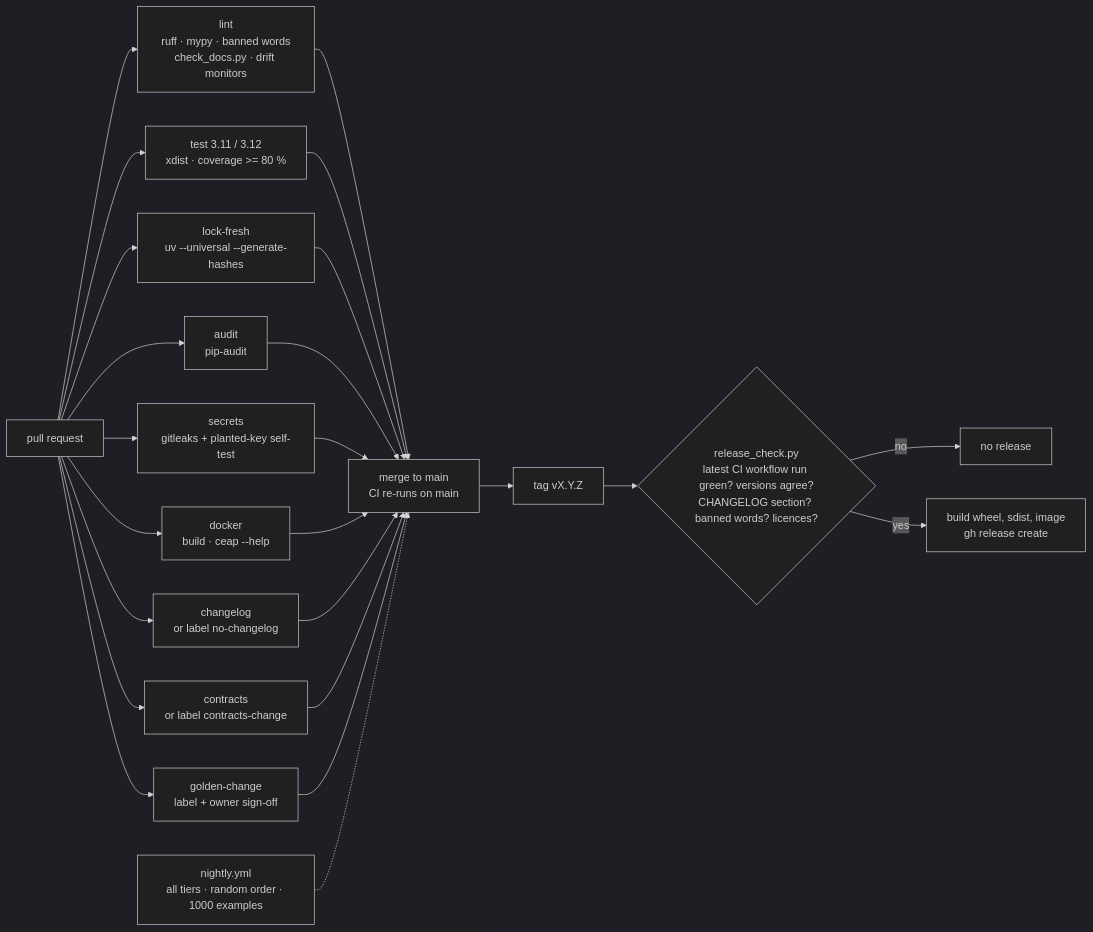
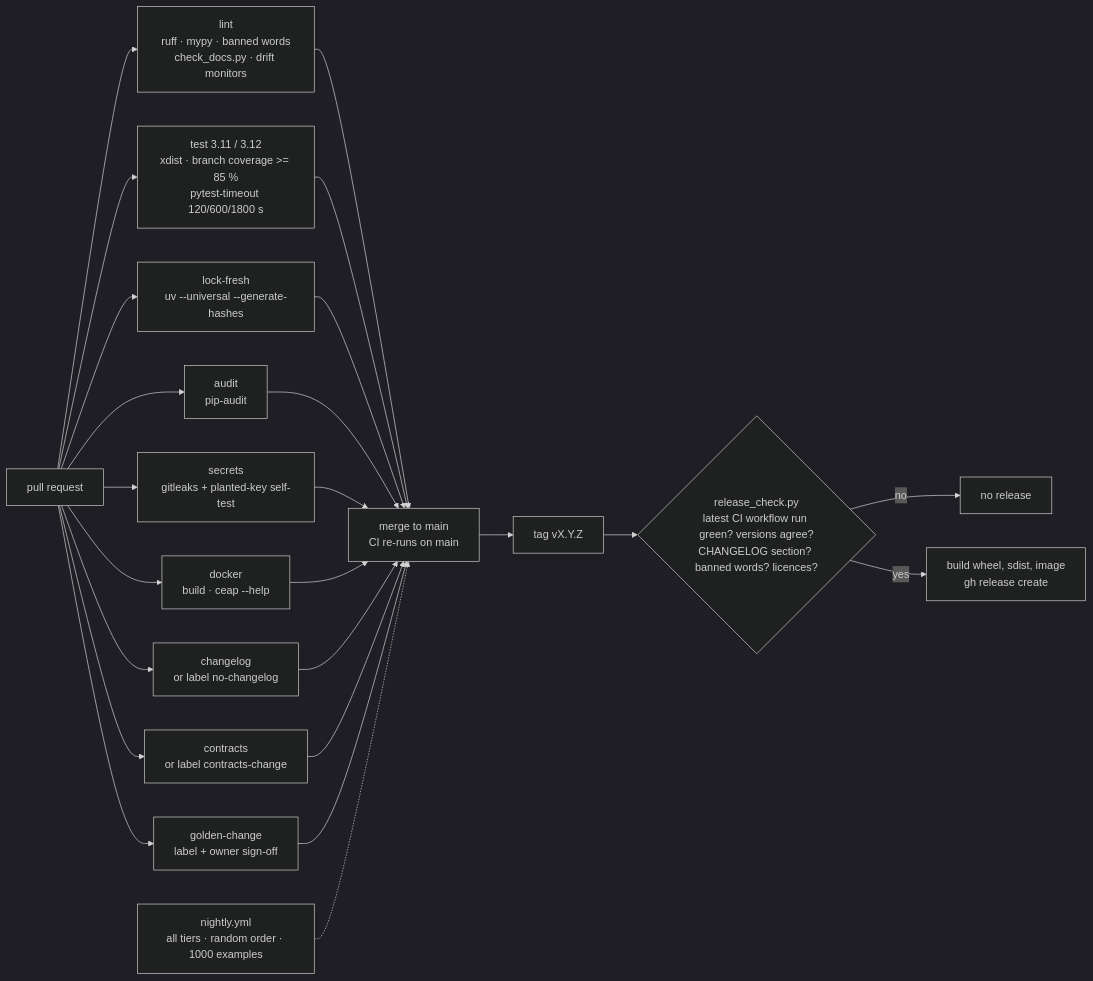
One commit to AshJha0/AgenticAICashEquities changed the tenth of 15 diagrams in docs/DIAGRAMS.md. Above: the diagram before and after it, drawn with Mermaid (dark theme). The commit also changed other lines of this file and 18 other files, not shown here.

````diff
--- a/docs/DIAGRAMS.md
+++ b/docs/DIAGRAMS.md
@@ -320,18 +323,18 @@
 ```mermaid
 flowchart LR
     PR["pull request"] --> L["lint<br/>ruff · mypy · banned words<br/>check_docs.py · drift monitors"]
-    PR --> T["test 3.11 / 3.12<br/>xdist · coverage >= 80 %"]
+    PR --> T["test 3.11 / 3.12<br/>xdist · branch coverage >= 85 %<br/>pytest-timeout 120/600/1800 s"]
     PR --> LF["lock-fresh<br/>uv --universal --generate-hashes"]
     PR --> A["audit<br/>pip-audit"]
     PR --> S["secrets<br/>gitleaks + planted-key self-test"]
     PR --> D["docker<br/>build · ceap --help"]
     PR --> C["changelog<br/>or label no-changelog"]
     PR --> K["contracts<br/>or label contracts-change"]
     PR --> GC["golden-change<br/>label + owner sign-off"]
     L & T & LF & A & S & D & C & K & GC --> M["merge to main<br/>CI re-runs on main"]
     M --> TAG["tag vX.Y.Z"]
     TAG --> G{"release_check.py<br/>latest CI workflow run green? versions agree?<br/>CHANGELOG section? banned words? licences?"}
     G -- no --> X["no release"]
     G -- yes --> P["build wheel, sdist, image<br/>gh release create"]
     N["nightly.yml<br/>all tiers · random order · 1000 examples"] -.-> M
 ```
````
